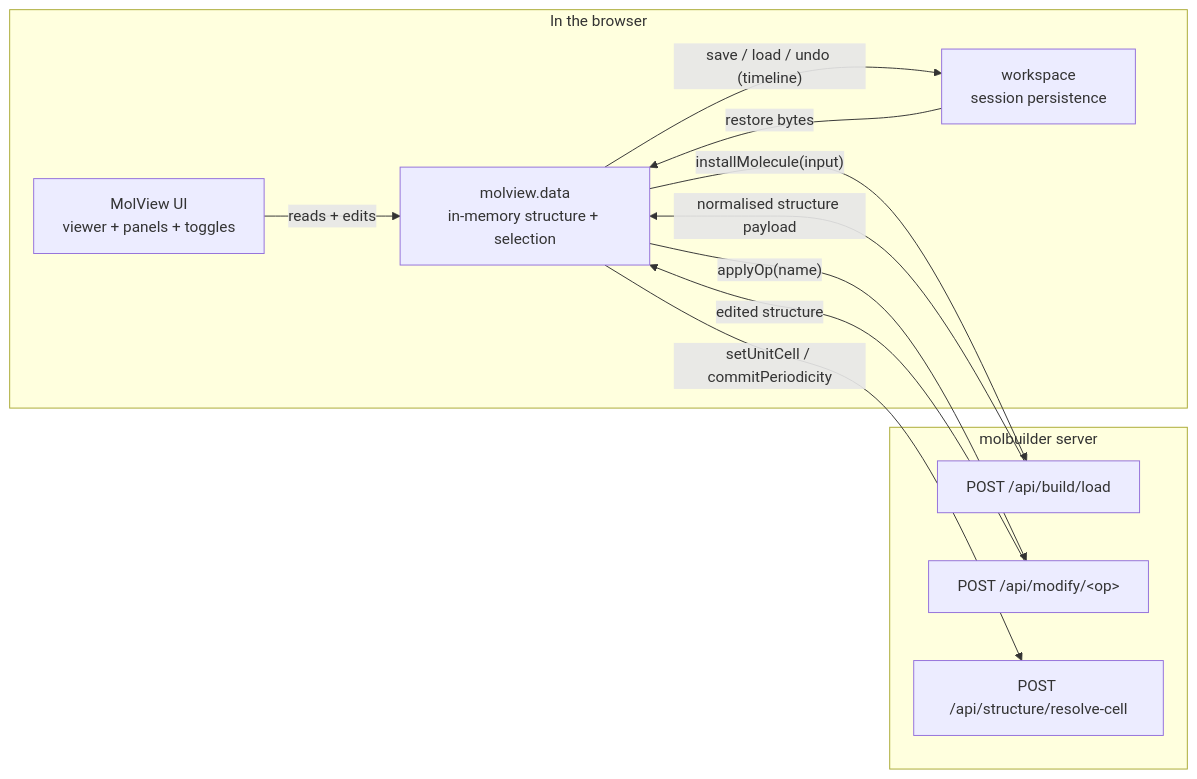
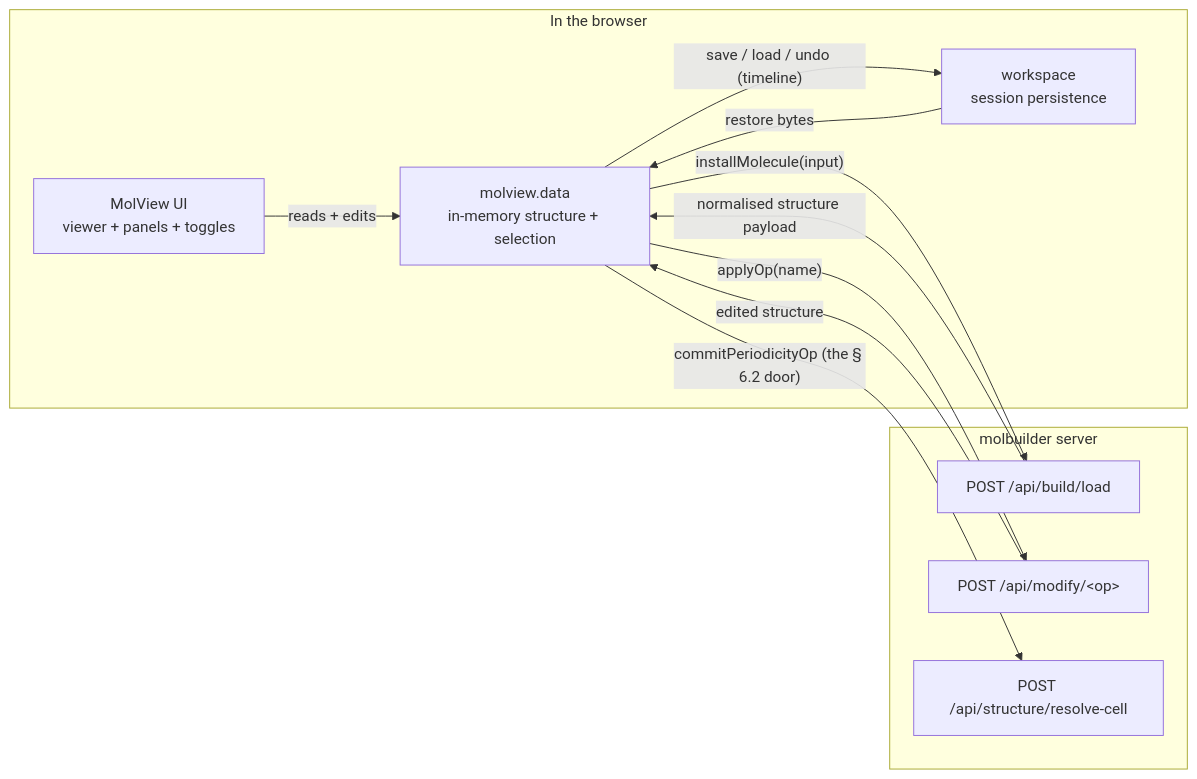
One commit to Qing-LAB/molbuilder changed the first of 3 diagrams in docs/web/molview.md. Above: the diagram before and after it, drawn with Mermaid. The commit also changed other lines of this file and 1 other file, not shown here.

````diff
--- a/docs/web/molview.md
+++ b/docs/web/molview.md
@@ -197,21 +197,21 @@
 ```mermaid
 flowchart LR
     subgraph browser["In the browser"]
       UI["MolView UI<br/>viewer + panels + toggles"]
       DATA["molview.data<br/>in-memory structure + selection"]
       WS["workspace<br/>session persistence"]
     end
     subgraph server["molbuilder server"]
       LOAD["POST /api/build/load"]
       MOD["POST /api/modify/&lt;op&gt;"]
       CELL["POST /api/structure/resolve-cell"]
     end
     UI -->|"reads + edits"| DATA
     DATA -->|"installMolecule(input)"| LOAD
     LOAD -->|"normalised structure payload"| DATA
     DATA -->|"applyOp(name)"| MOD
     MOD -->|"edited structure"| DATA
-    DATA -->|"setUnitCell / commitPeriodicity"| CELL
+    DATA -->|"commitPeriodicityOp (the § 6.2 door)"| CELL
     DATA -->|"save / load / undo (timeline)"| WS
     WS -->|"restore bytes"| DATA
 ```
````
